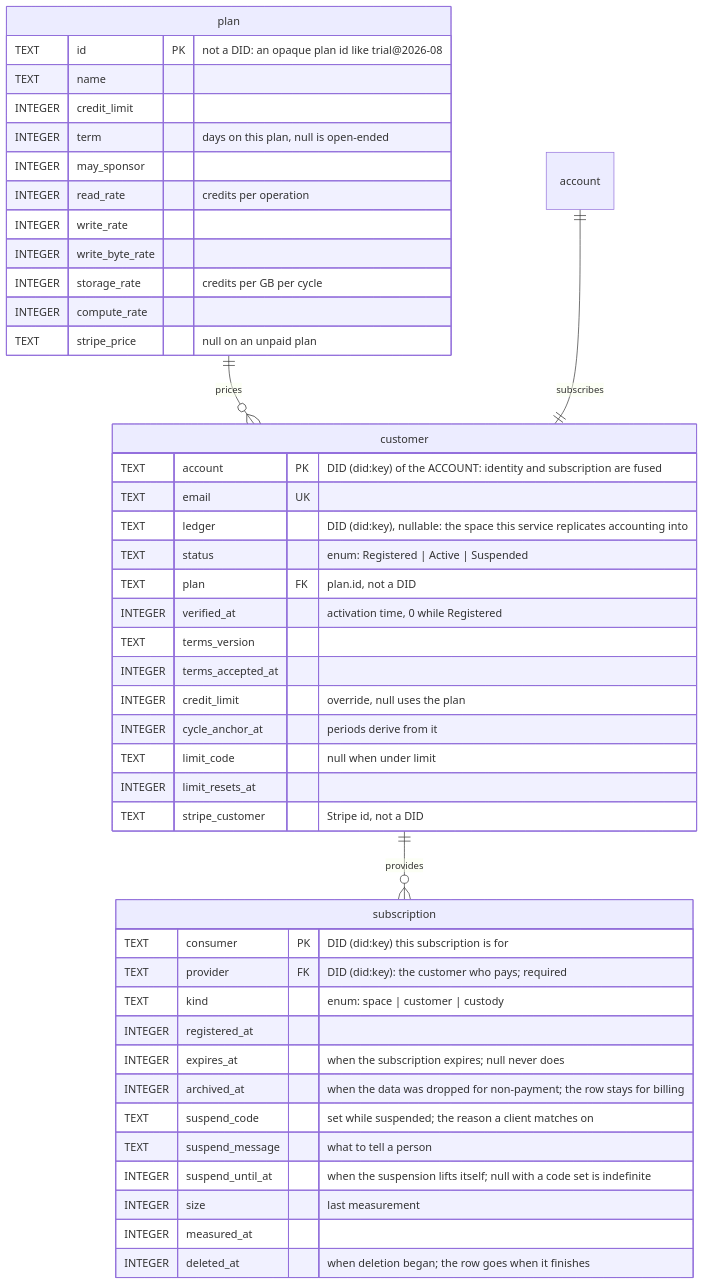
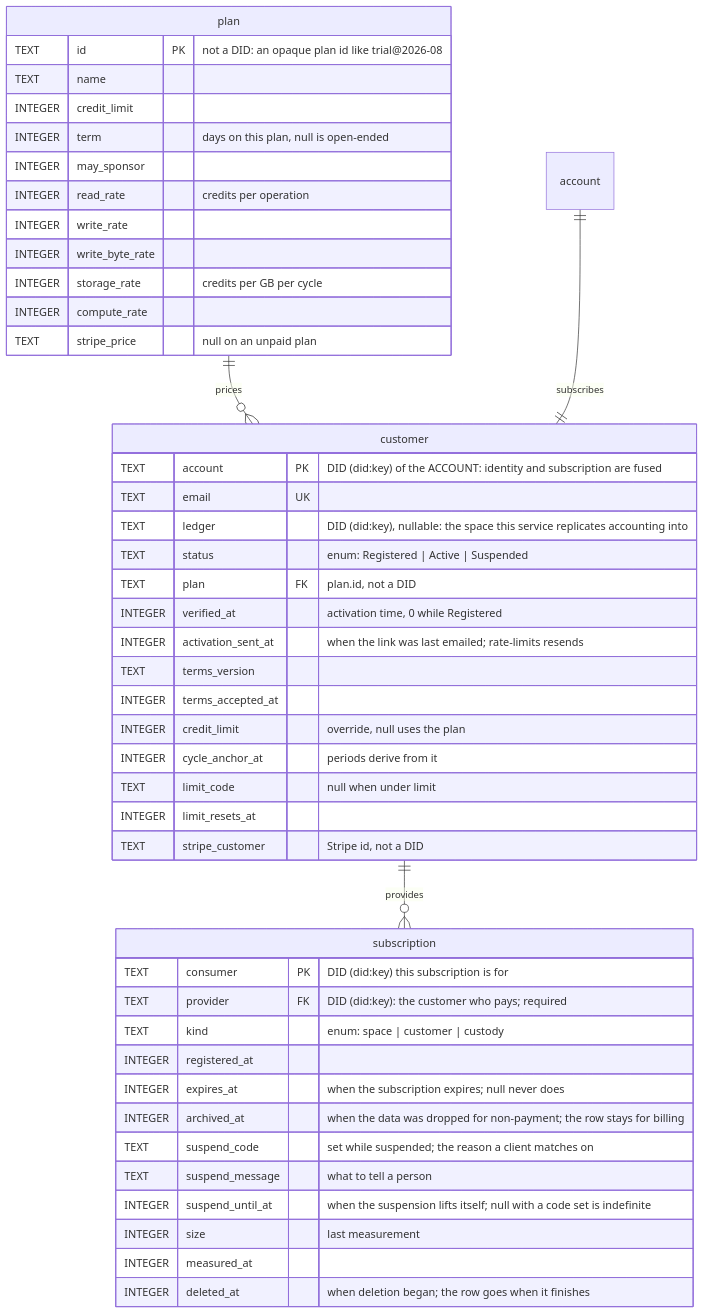
Before and after one commit to tonk-labs/tonk: the first of 4 diagrams in docs/access-control-schema.md, drawn with Mermaid. The commit also changed 4 other files, not shown here.

````diff
--- a/docs/access-control-schema.md
+++ b/docs/access-control-schema.md
@@ -13,51 +13,52 @@
 ```mermaid
 erDiagram
     plan ||--o{ customer : prices
     account ||--|| customer : subscribes
     customer ||--o{ subscription : provides
 
     plan {
         TEXT id PK "not a DID: an opaque plan id like trial@2026-08"
         TEXT name
         INTEGER credit_limit
         INTEGER term "days on this plan, null is open-ended"
         INTEGER may_sponsor
         INTEGER read_rate "credits per operation"
         INTEGER write_rate
         INTEGER write_byte_rate
         INTEGER storage_rate "credits per GB per cycle"
         INTEGER compute_rate
         TEXT stripe_price "null on an unpaid plan"
     }
 
     customer {
         TEXT account PK "DID (did:key) of the ACCOUNT: identity and subscription are fused"
         TEXT email UK
         TEXT ledger "DID (did:key), nullable: the space this service replicates accounting into"
         TEXT status "enum: Registered | Active | Suspended"
         TEXT plan FK "plan.id, not a DID"
         INTEGER verified_at "activation time, 0 while Registered"
+        INTEGER activation_sent_at "when the link was last emailed; rate-limits resends"
         TEXT terms_version
         INTEGER terms_accepted_at
         INTEGER credit_limit "override, null uses the plan"
         INTEGER cycle_anchor_at "periods derive from it"
         TEXT limit_code "null when under limit"
         INTEGER limit_resets_at
         TEXT stripe_customer "Stripe id, not a DID"
     }
 
     subscription {
         TEXT consumer PK "DID (did:key) this subscription is for"
         TEXT provider FK "DID (did:key): the customer who pays; required"
         TEXT kind "enum: space | customer | custody"
         INTEGER registered_at
         INTEGER expires_at "when the subscription expires; null never does"
         INTEGER archived_at "when the data was dropped for non-payment; the row stays for billing"
         TEXT suspend_code "set while suspended; the reason a client matches on"
         TEXT suspend_message "what to tell a person"
         INTEGER suspend_until_at "when the suspension lifts itself; null with a code set is indefinite"
         INTEGER size "last measurement"
         INTEGER measured_at
         INTEGER deleted_at "when deletion began; the row goes when it finishes"
     }
 ```
````
